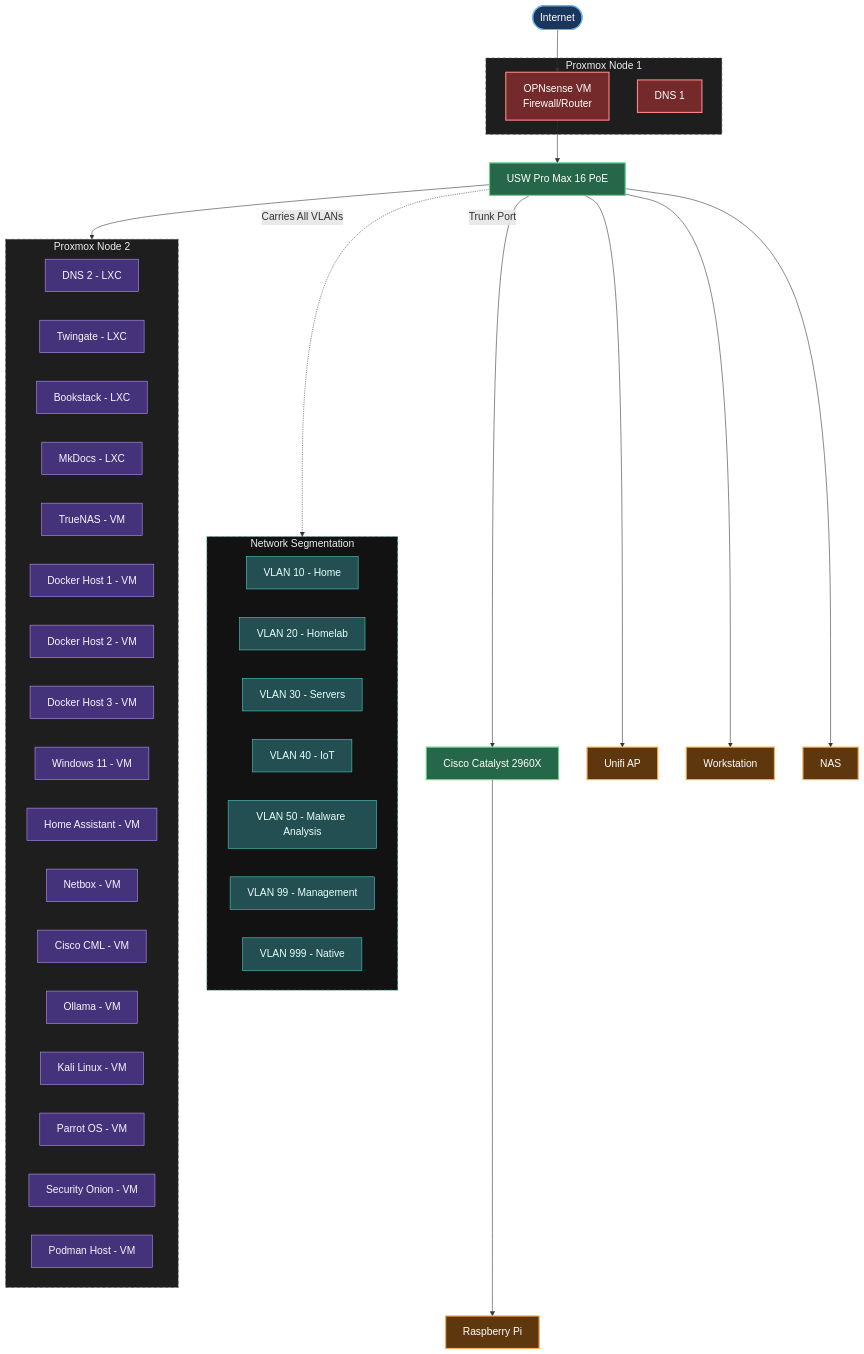
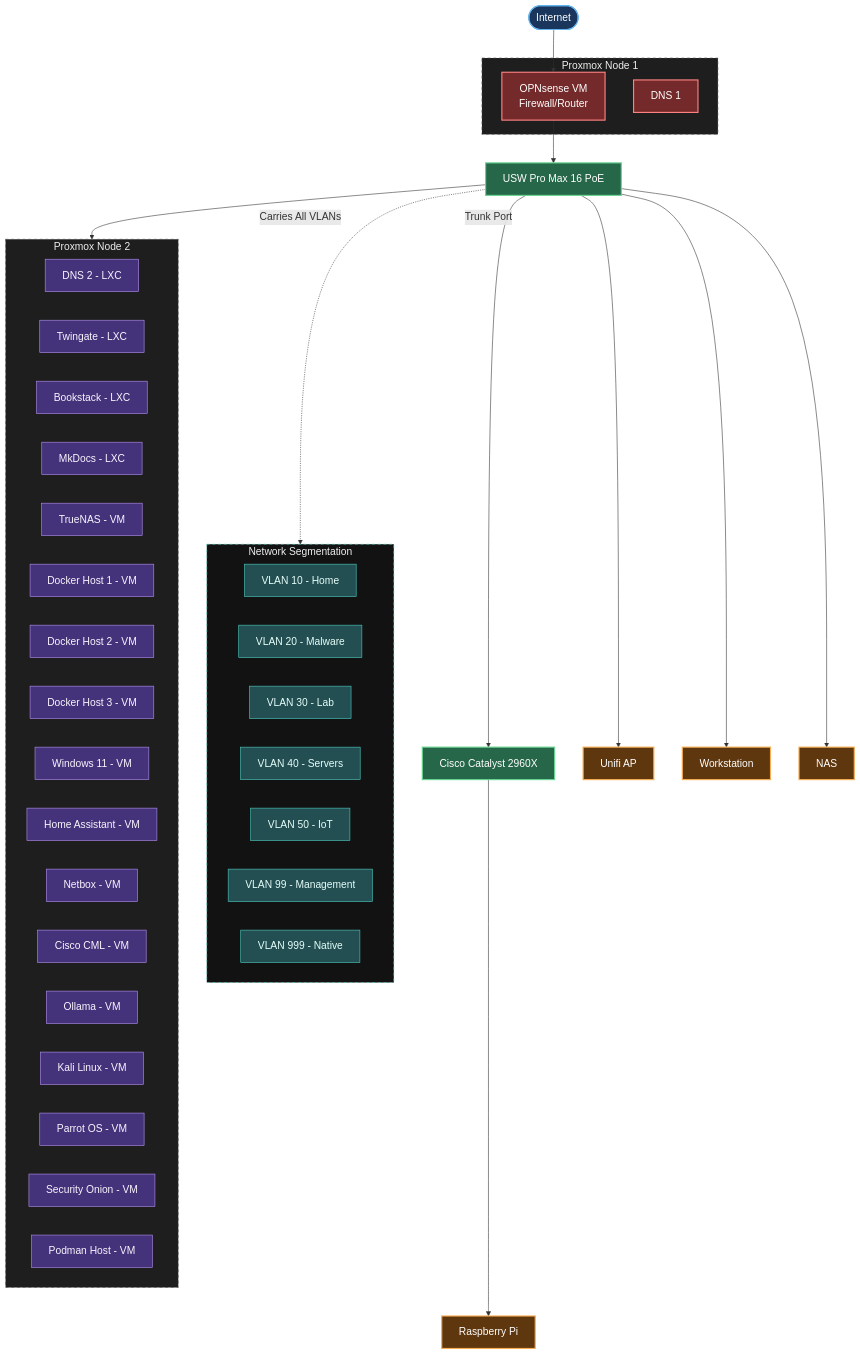
Before and after one commit to moshthesubnet/my-lab-docs: the diagram in docs/index.md, drawn with Mermaid.

```diff
--- a/docs/index.md
+++ b/docs/index.md
@@ -70,10 +70,10 @@
     %% VLANs
     subgraph VLANs["Network Segmentation"]
         VLAN10["VLAN 10 - Home"]
-        VLAN20["VLAN 20 - Homelab"]
-        VLAN30["VLAN 30 - Servers"]
-        VLAN40["VLAN 40 - IoT"]
-        VLAN50["VLAN 50 - Malware Analysis"]
+        VLAN20["VLAN 20 - Malware"]
+        VLAN30["VLAN 30 - Lab"]
+        VLAN40["VLAN 40 - Servers"]
+        VLAN50["VLAN 50 - IoT"]
         VLAN99["VLAN 99 - Management"]
         VLAN999["VLAN 999 - Native"]
     end
```
